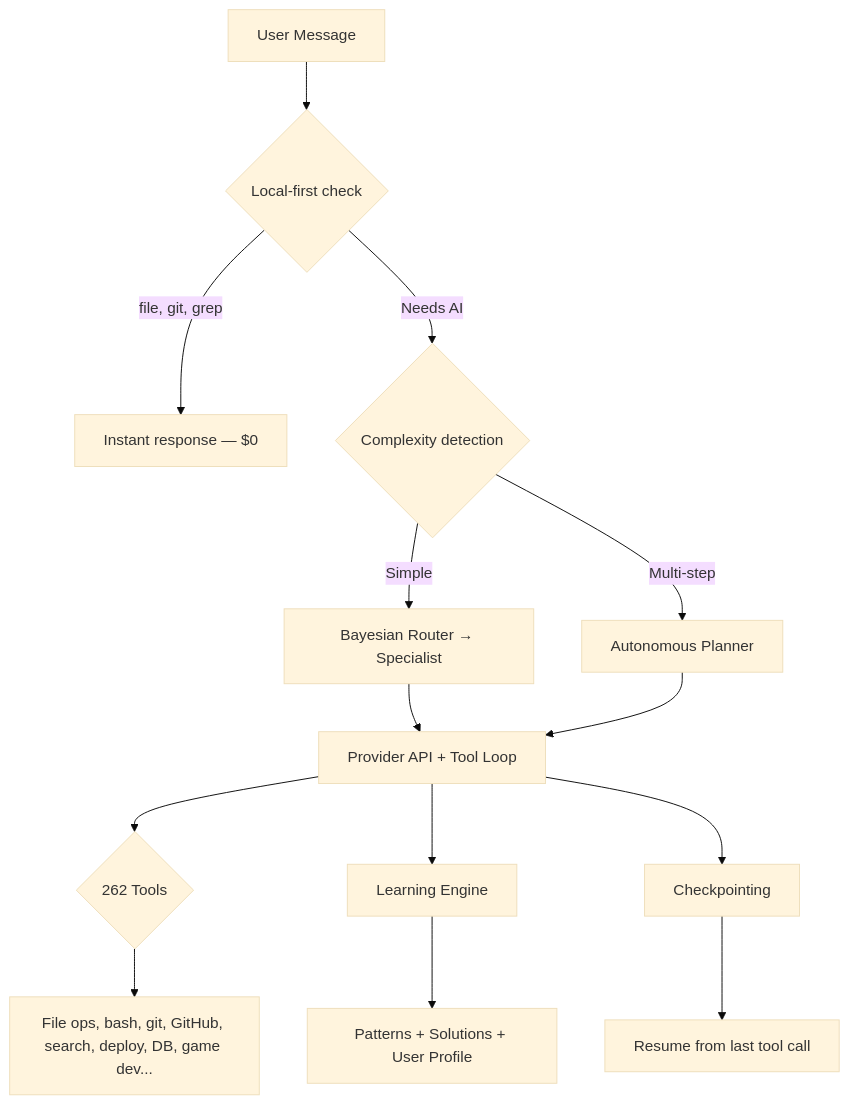
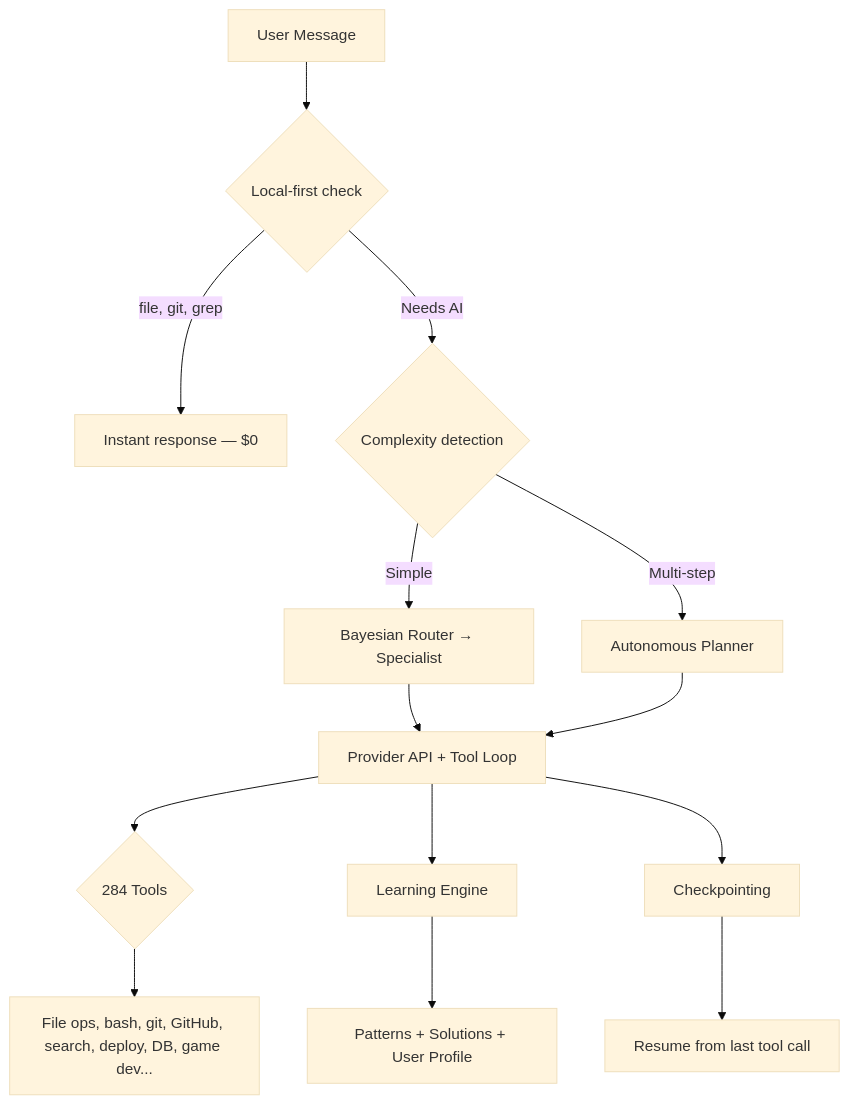
The diagram in README.md (isaacsight/kernel), drawn with Mermaid (base theme) before and after one commit. The commit also changed other lines of this file and 35 other files, not shown here.

````diff
--- a/README.md
+++ b/README.md
@@ -149,16 +153,16 @@
 ```mermaid
 graph TD
     A[User Message] --> B{Local-first check}
     B -->|file, git, grep| C[Instant response — $0]
     B -->|Needs AI| D{Complexity detection}
     D -->|Simple| E[Bayesian Router → Specialist]
     D -->|Multi-step| F[Autonomous Planner]
     E --> G[Provider API + Tool Loop]
     F --> G
-    G --> H{262 Tools}
+    G --> H{284 Tools}
     H --> I[File ops, bash, git, GitHub, search, deploy, DB, game dev...]
     G --> J[Learning Engine]
     J --> K[Patterns + Solutions + User Profile]
     G --> L[Checkpointing]
     L --> M[Resume from last tool call]
 ```
````
